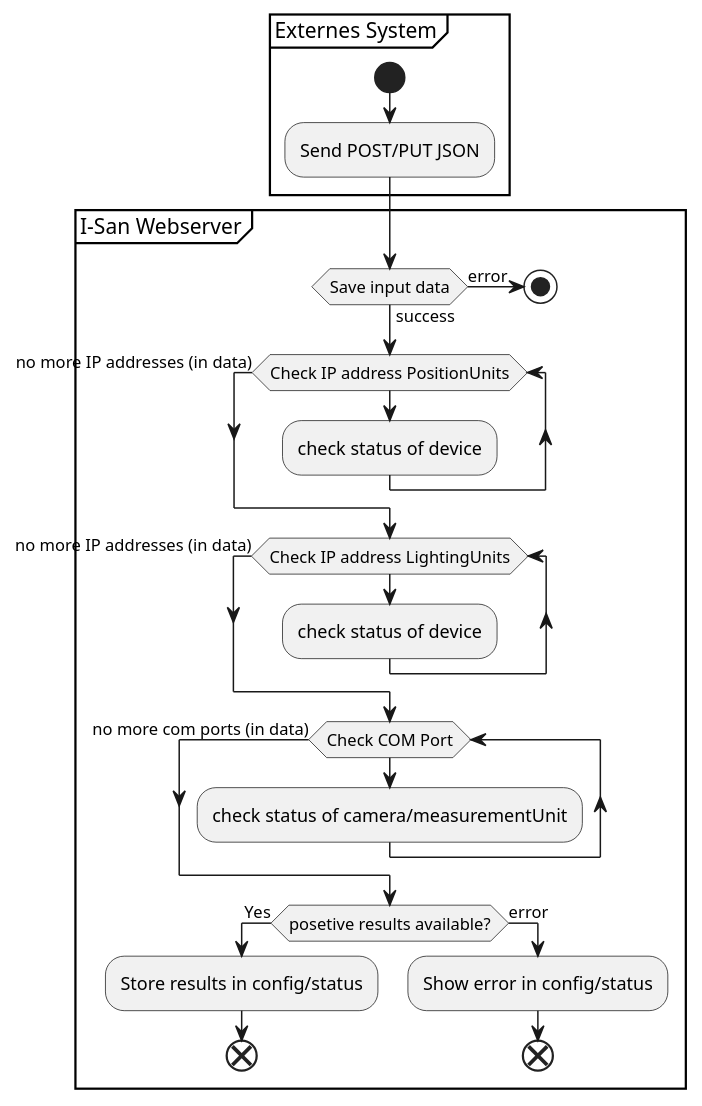
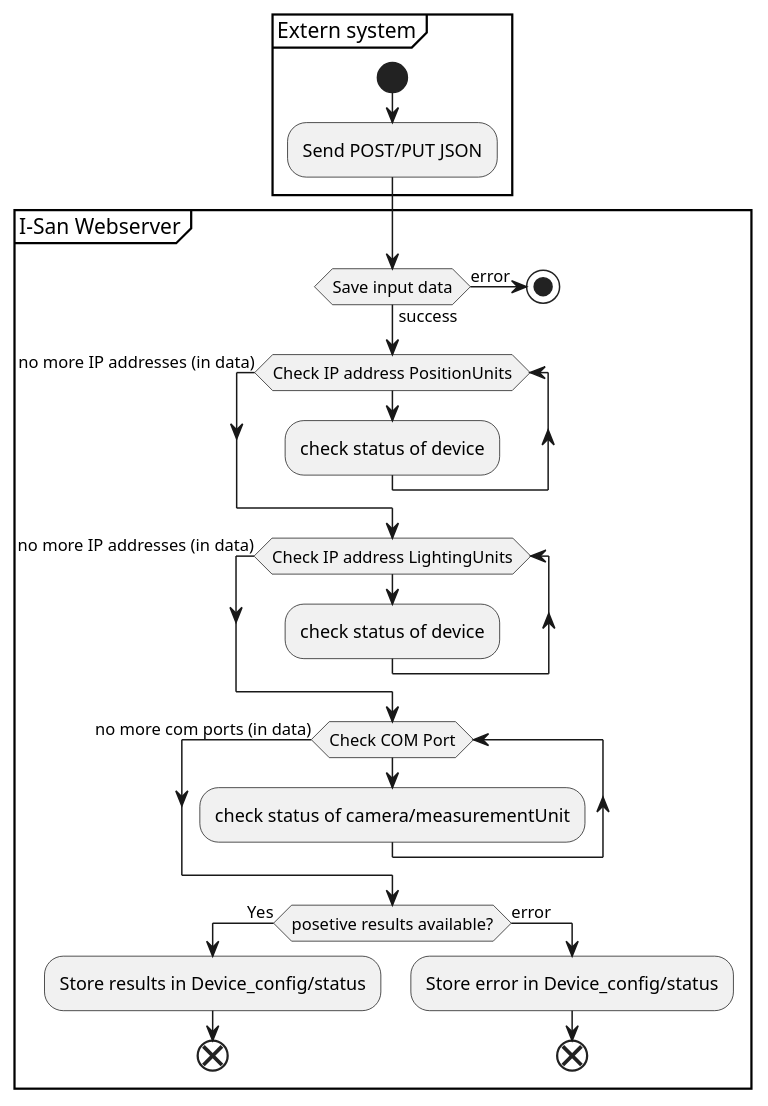
Before and after one commit to Nr44suessauer/I-Scan: the first of 4 diagrams in docs/diagram/FlowDiagrams_API_Webserver.puml, drawn with PlantUML. The commit also changed other lines of this file and 4 other files, not shown here.

Commit message:
update diagram scan config

```diff
--- a/docs/diagram/FlowDiagrams_API_Webserver.puml
+++ b/docs/diagram/FlowDiagrams_API_Webserver.puml
@@ -1,34 +1,34 @@
 @startuml device Config
 
-partition "Externes System" {
+partition "Extern system" {
     start
     :Send POST/PUT JSON;
 }
 
 partition "I-San Webserver" {
 if (Save input data) then (error)
     stop
 else (success)
 endif
 while (Check IP address PositionUnits)
     :check status of device;
 endwhile (no more IP addresses (in data))
 
 while (Check IP address LightingUnits)
     :check status of device;
 endwhile (no more IP addresses (in data))
 
 while (Check COM Port)
     :check status of camera/measurementUnit;
 
 
 endwhile (no more com ports (in data))
 if (posetive results available?) then (Yes)
-    :Store results in config/status;
+    :Store results in Device_config/status;
     end
 
 else (error)
-    :Show error in config/status;
+    :Store error in Device_config/status;
 end
 
 @enduml
```
